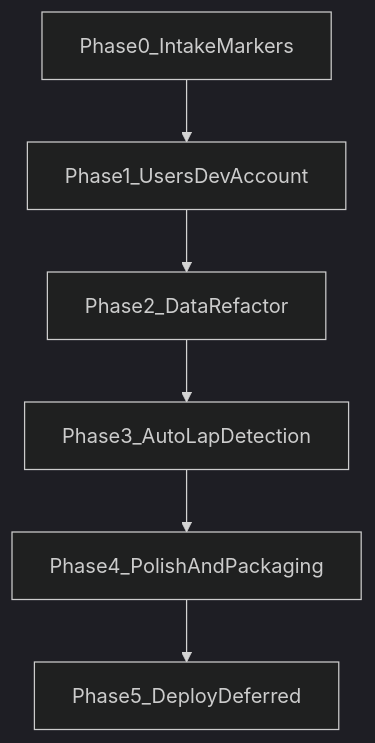
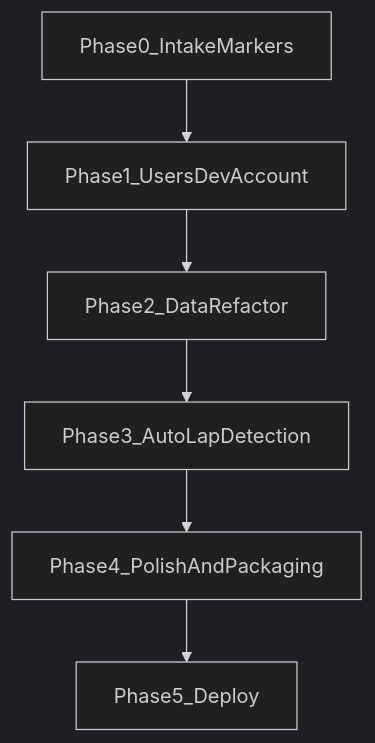
One commit to n-pawlawski/LapViewer changed the diagram in docs/ROADMAP.md. Above: the diagram before and after it, drawn with Mermaid (dark theme). The commit also changed other lines of this file and 38 other files, not shown here.

````diff
--- a/docs/ROADMAP.md
+++ b/docs/ROADMAP.md
@@ -44,15 +44,15 @@
 ```mermaid
 flowchart TD
   P0[Phase0_IntakeMarkers]
   P1[Phase1_UsersDevAccount]
   P2[Phase2_DataRefactor]
   P3[Phase3_AutoLapDetection]
   P4[Phase4_PolishAndPackaging]
-  P5[Phase5_DeployDeferred]
+  P5[Phase5_Deploy]
 
   P0 --> P1
   P1 --> P2
   P2 --> P3
   P3 --> P4
   P4 --> P5
 ```
````
